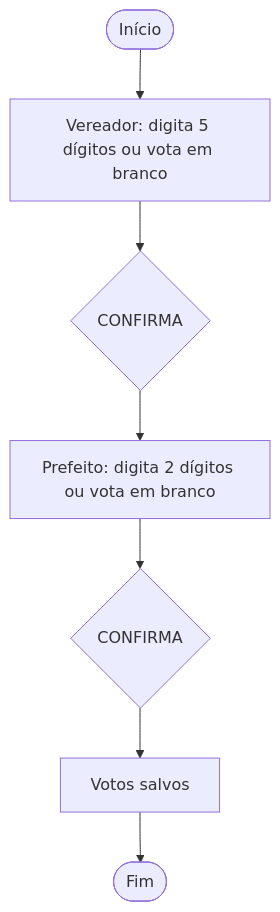
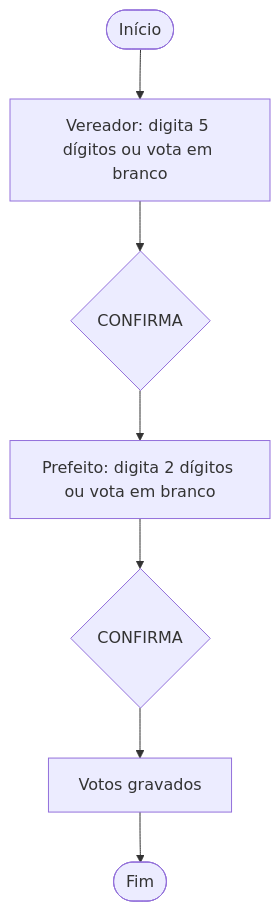
One commit to Sudo-Marco/urna-cidada changed the diagram in README.md. Above: the diagram before and after it, drawn with Mermaid. The commit also changed other lines of this file and 44 other files, not shown here.

````diff
--- a/README.md
+++ b/README.md
@@ -69,9 +95,9 @@
 ```mermaid
 flowchart TD
     A(["Início"]) --> B["Vereador: digita 5 dígitos ou vota em branco"]
     B --> C{"CONFIRMA"}
     C --> D["Prefeito: digita 2 dígitos ou vota em branco"]
     D --> E{"CONFIRMA"}
-    E --> F["Votos salvos"]
+    E --> F["Votos gravados"]
     F --> G(["Fim"])
 ```
````
